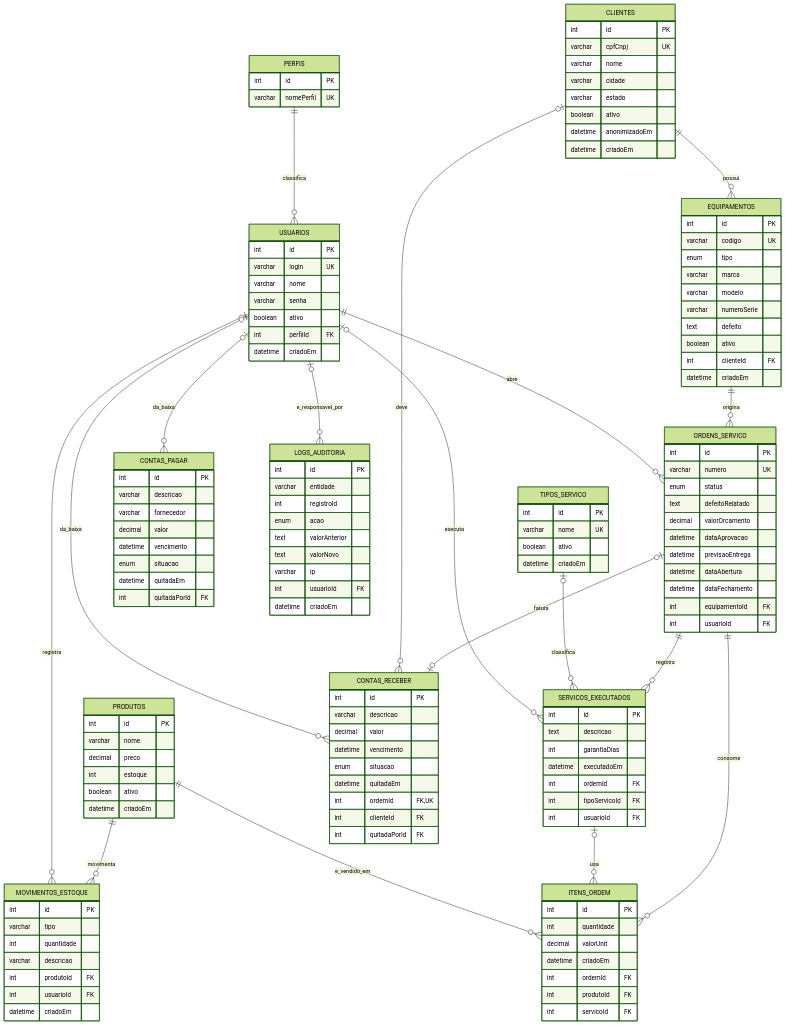
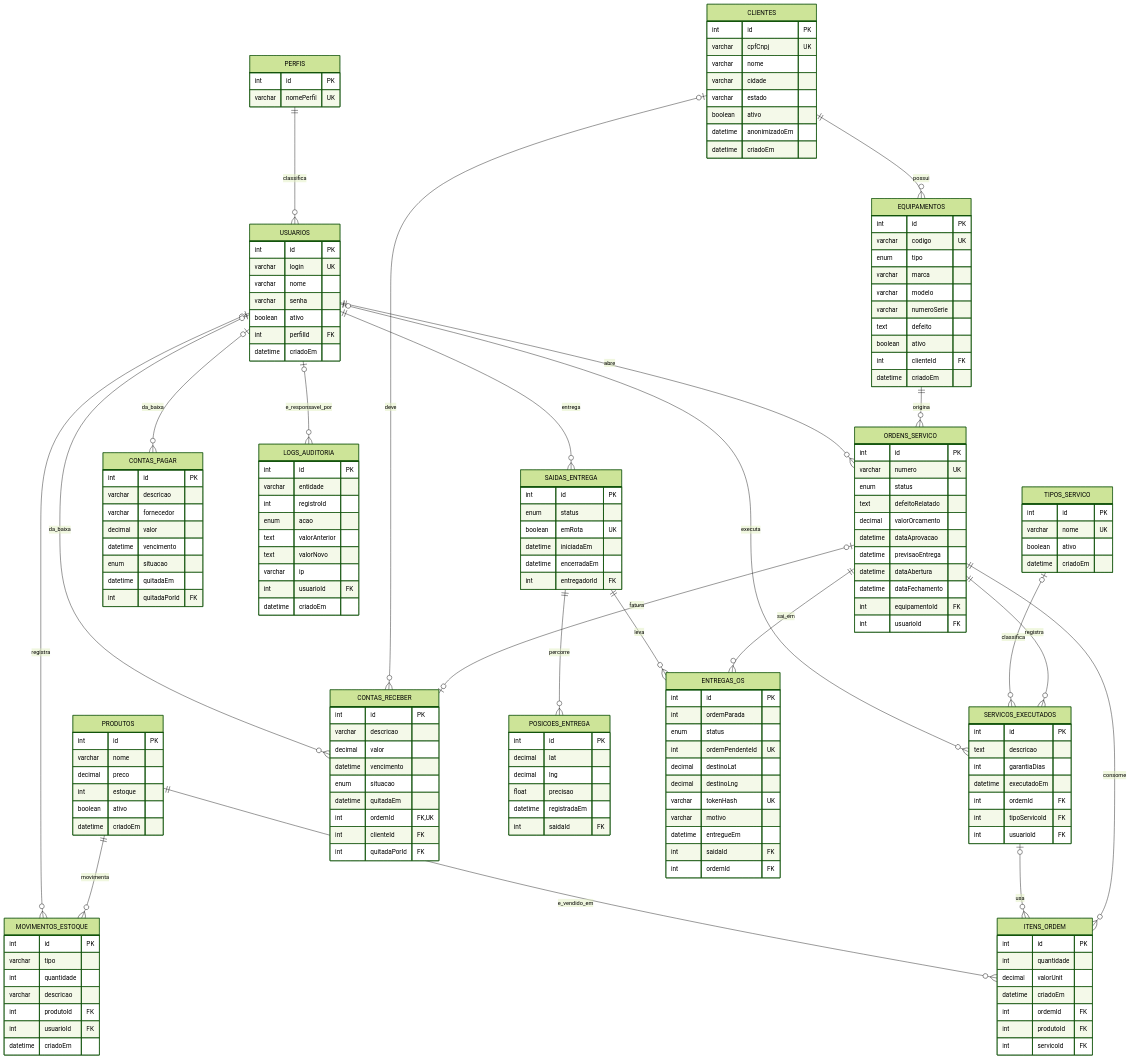
One commit to FelipeMotaVerissimo/SGA-TI changed the diagram in docs/DER.md. Above: the diagram before and after it, drawn with Mermaid (forest theme). The commit also changed other lines of this file and 20 other files, not shown here.

First line of the commit message:
feat: modelo de dados das entregas e perfil ENTREGADOR (Modulo 6)

````diff
--- a/docs/DER.md
+++ b/docs/DER.md
@@ -61,6 +63,11 @@
     USUARIOS |o--o{ CONTAS_PAGAR : "da_baixa"
 
     USUARIOS |o--o{ LOGS_AUDITORIA : "e_responsavel_por"
+
+    USUARIOS ||--o{ SAIDAS_ENTREGA : "entrega"
+    SAIDAS_ENTREGA ||--o{ POSICOES_ENTREGA : "percorre"
+    ORDENS_SERVICO ||--o{ ENTREGAS_OS : "sai_em"
+    SAIDAS_ENTREGA ||--o{ ENTREGAS_OS : "leva"
 
     PERFIS {
         int id PK
@@ -195,4 +202,36 @@
         int clienteId FK
         int quitadaPorId FK
     }
+
+    SAIDAS_ENTREGA {
+        int id PK
+        enum status
+        boolean emRota UK
+        datetime iniciadaEm
+        datetime encerradaEm
+        int entregadorId FK
+    }
+
+    ENTREGAS_OS {
+        int id PK
+        int ordemParada
+        enum status
+        int ordemPendenteId UK
+        decimal destinoLat
+        decimal destinoLng
+        varchar tokenHash UK
+        varchar motivo
+        datetime entregueEm
+        int saidaId FK
+        int ordemId FK
+    }
+
+    POSICOES_ENTREGA {
+        int id PK
+        decimal lat
+        decimal lng
+        float precisao
+        datetime registradaEm
+        int saidaId FK
+    }
 ```
````
